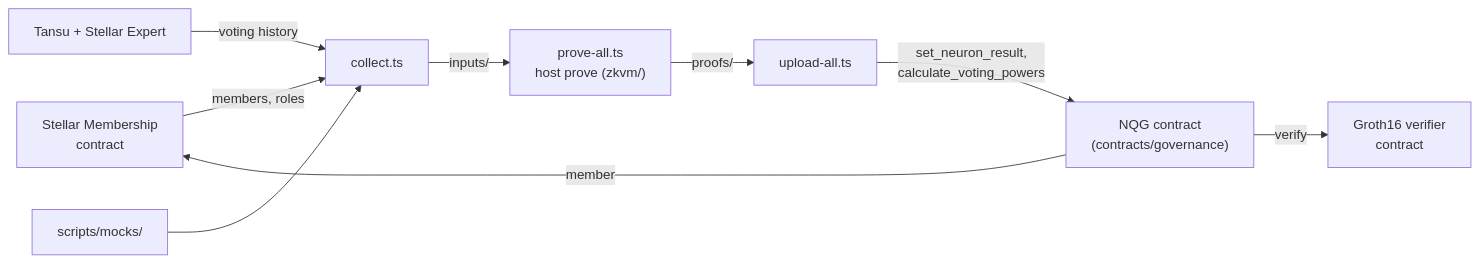
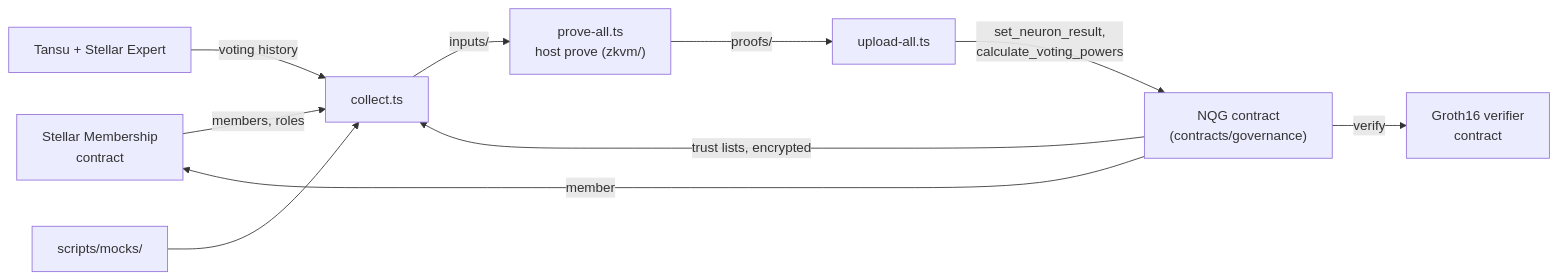
Before and after one commit to bartkrak/NQG-setup-stellar-members: the diagram in README.md, drawn with Mermaid. The commit also changed other lines of this file and 23 other files, not shown here.

Commit message:
encrypted onchain trust lists done

````diff
--- a/README.md
+++ b/README.md
@@ -53,11 +54,12 @@
 ```mermaid
 flowchart LR
     membership["Stellar Membership<br/>contract"] -->|members, roles| collect["collect.ts"]
     tansu["Tansu + Stellar Expert"] -->|voting history| collect
+    contract -->|"trust lists, encrypted"| collect
     mocks["scripts/mocks/"] --> collect
     collect -->|"inputs/"| prove["prove-all.ts<br/>host prove (zkvm/)"]
     prove -->|"proofs/"| upload["upload-all.ts"]
     upload -->|"set_neuron_result,<br/>calculate_voting_powers"| contract["NQG contract<br/>(contracts/governance)"]
     contract -->|member| membership
     contract -->|verify| verifier["Groth16 verifier<br/>contract"]
 ```
````
